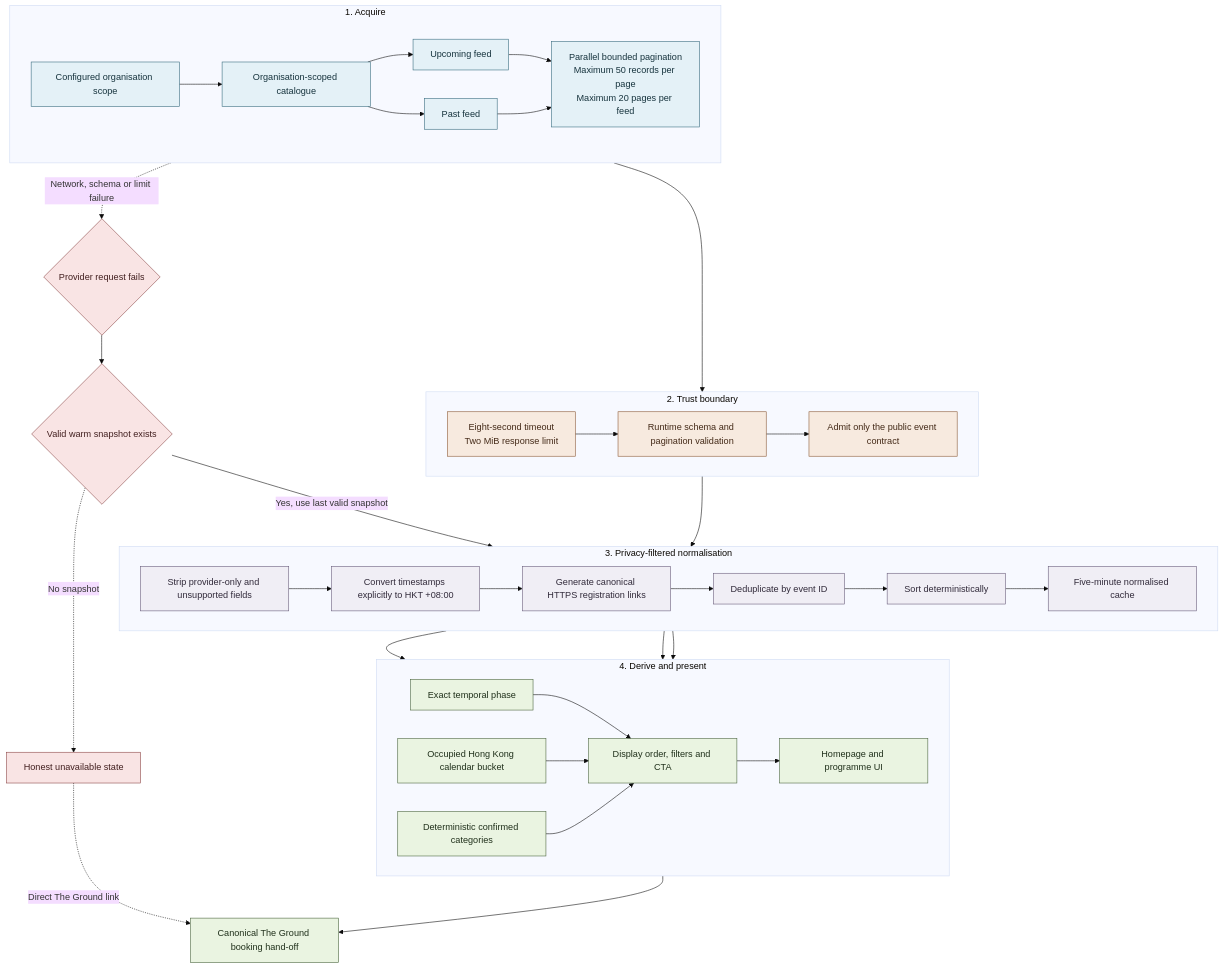
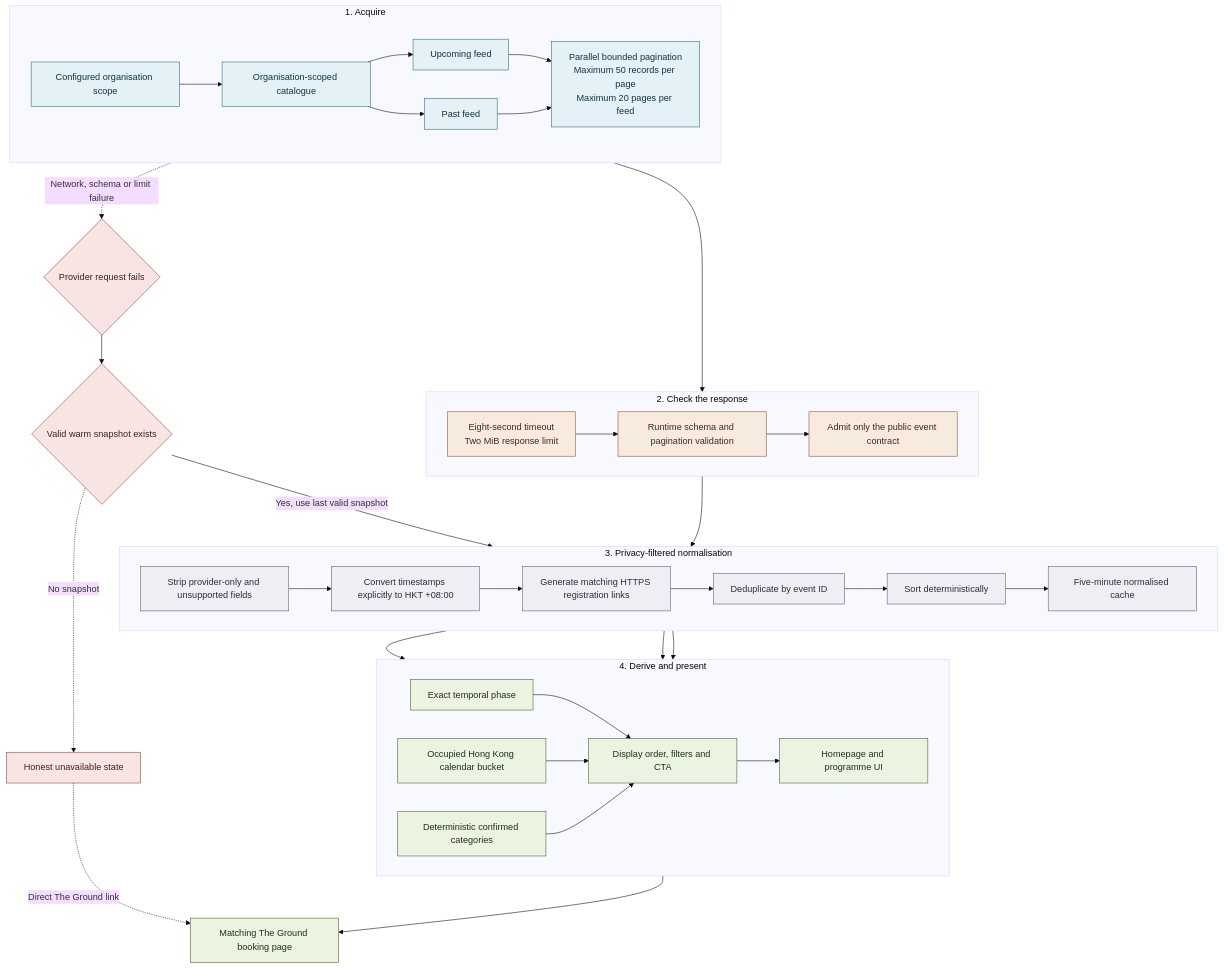
Before and after one commit to jackyngtf/wellness-village-event-platform: the diagram in docs/diagrams/the-ground-event-interface.mmd, drawn with Mermaid (base theme). The commit also changed 55 other files, not shown here.

```diff
--- a/docs/diagrams/the-ground-event-interface.mmd
+++ b/docs/diagrams/the-ground-event-interface.mmd
@@ -1,81 +1,81 @@
 flowchart TB
     subgraph ACQUIRE[1. Acquire]
         direction LR
         CONFIG[Configured organisation scope]
         CATALOGUE[Organisation-scoped catalogue]
         UPCOMING[Upcoming feed]
         PAST[Past feed]
         PAGINATION[Parallel bounded pagination<br/>Maximum 50 records per page<br/>Maximum 20 pages per feed]
     end
 
-    subgraph TRUST[2. Trust boundary]
+    subgraph TRUST[2. Check the response]
         direction LR
         LIMITS[Eight-second timeout<br/>Two MiB response limit]
         SCHEMA[Runtime schema and pagination validation]
         PUBLIC_CONTRACT[Admit only the public event contract]
     end
 
     subgraph NORMALISE[3. Privacy-filtered normalisation]
         direction LR
         FILTER[Strip provider-only and unsupported fields]
         HKT[Convert timestamps explicitly to HKT +08:00]
-        LINKS[Generate canonical HTTPS registration links]
+        LINKS[Generate matching HTTPS registration links]
         DEDUP[Deduplicate by event ID]
         SORT[Sort deterministically]
         CACHE[Five-minute normalised cache]
     end
 
     subgraph DERIVE[4. Derive and present]
         direction LR
         PHASE[Exact temporal phase]
         CALENDAR[Occupied Hong Kong calendar bucket]
         CATEGORIES[Deterministic confirmed categories]
         DISPLAY[Display order, filters and CTA]
         UI[Homepage and programme UI]
     end
 
     FALLBACK{Provider request fails}
     WARM{Valid warm snapshot exists}
     COLD[Honest unavailable state]
-    BOOKING[Canonical The Ground booking hand-off]
+    BOOKING[Matching The Ground booking page]
 
     CONFIG --> CATALOGUE
     CATALOGUE --> UPCOMING
     CATALOGUE --> PAST
     UPCOMING --> PAGINATION
     PAST --> PAGINATION
     PAGINATION --> LIMITS
     LIMITS --> SCHEMA
     SCHEMA --> PUBLIC_CONTRACT
     PUBLIC_CONTRACT --> FILTER
     FILTER --> HKT
     HKT --> LINKS
     LINKS --> DEDUP
     DEDUP --> SORT
     SORT --> CACHE
 
     CACHE --> PHASE
     CACHE --> CALENDAR
     CACHE --> CATEGORIES
     PHASE --> DISPLAY
     CALENDAR --> DISPLAY
     CATEGORIES --> DISPLAY
     DISPLAY --> UI
     UI --> BOOKING
 
     PAGINATION -.->|Network, schema or limit failure| FALLBACK
     FALLBACK --> WARM
     WARM -->|Yes, use last valid snapshot| CACHE
     WARM -.->|No snapshot| COLD
     COLD -.->|Direct The Ground link| BOOKING
 
     classDef acquire fill:#e4f1f7,stroke:#356a7d,color:#16333d
     classDef trust fill:#f7eadf,stroke:#8a5834,color:#442a18
     classDef normalise fill:#f0eef5,stroke:#675b79,color:#312a3a
     classDef derive fill:#eaf4e1,stroke:#48633c,color:#20301b
     classDef failure fill:#f9e4e4,stroke:#8b4545,color:#421f1f
     class CONFIG,CATALOGUE,UPCOMING,PAST,PAGINATION acquire
     class LIMITS,SCHEMA,PUBLIC_CONTRACT trust
     class FILTER,HKT,LINKS,DEDUP,SORT,CACHE normalise
     class PHASE,CALENDAR,CATEGORIES,DISPLAY,UI,BOOKING derive
     class FALLBACK,WARM,COLD failure
```
